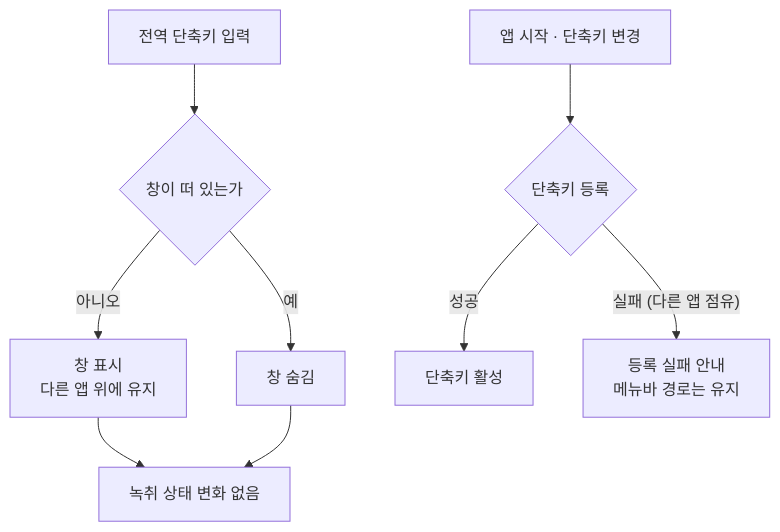
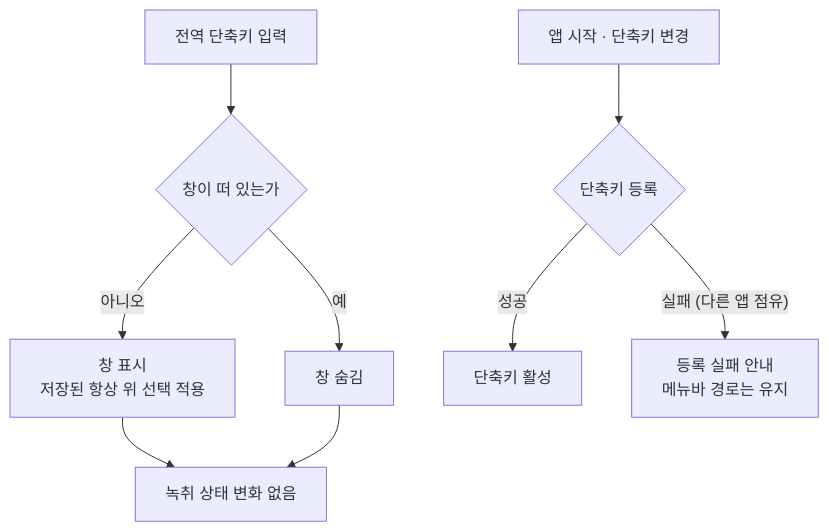
One commit to haandol/scribird changed the diagram in docs/adr/session/0002-global-hotkey-floating-window.md. Above: the diagram before and after it, drawn with Mermaid. The commit also changed other lines of this file and 19 other files, not shown here.

````diff
--- a/docs/adr/session/0002-global-hotkey-floating-window.md
+++ b/docs/adr/session/0002-global-hotkey-floating-window.md
@@ -83,12 +96,12 @@
 ```mermaid
 flowchart TD
     K["전역 단축키 입력"] --> V{"창이 떠 있는가"}
-    V -- 아니오 --> Show["창 표시<br/>다른 앱 위에 유지"]
+    V -- 아니오 --> Show["창 표시<br/>저장된 항상 위 선택 적용"]
     V -- 예 --> Hide["창 숨김"]
     Show --> R["녹취 상태 변화 없음"]
     Hide --> R
 
     Reg["앱 시작 · 단축키 변경"] --> Try{"단축키 등록"}
     Try -- 성공 --> OK["단축키 활성"]
     Try -- 실패 (다른 앱 점유) --> Warn["등록 실패 안내<br/>메뉴바 경로는 유지"]
 ```
````
